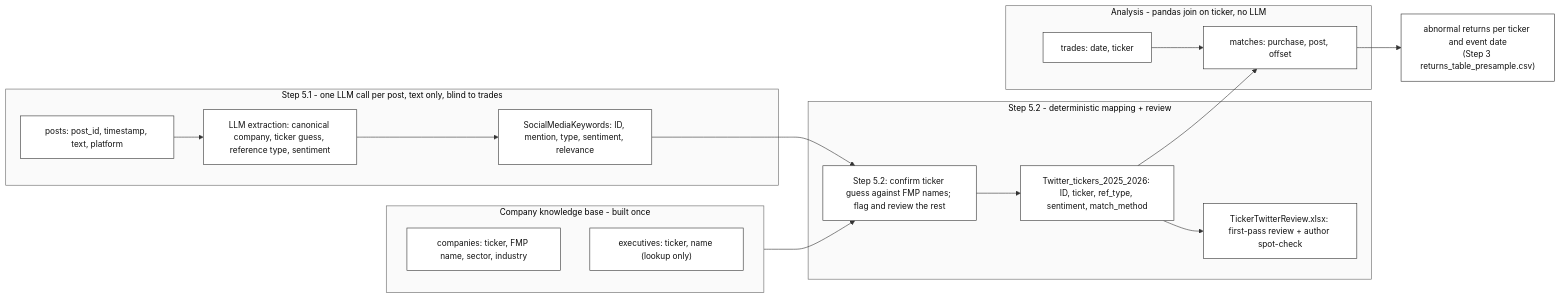
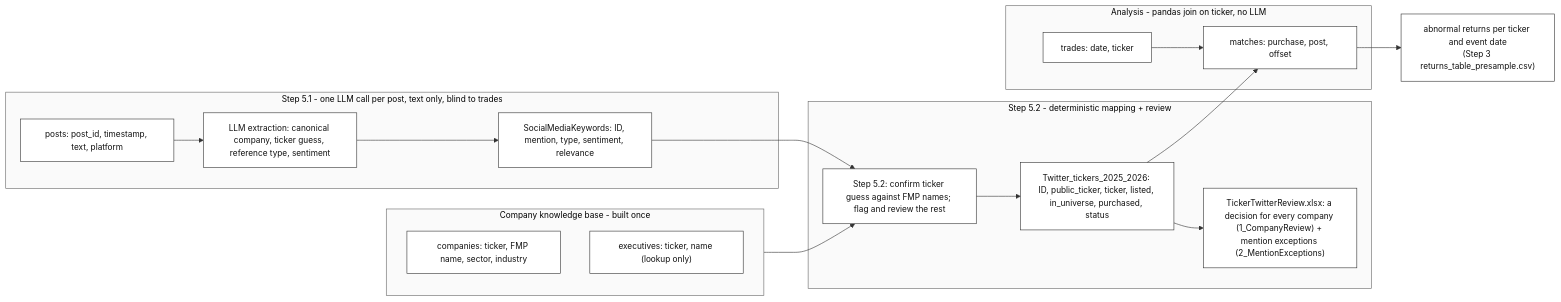
The second of 3 diagrams in README.md (Steven-McQueen/MasterDataHandling), drawn with Mermaid before and after one commit. The commit also changed other lines of this file and 8 other files, not shown here.

````diff
--- a/README.md
+++ b/README.md
@@ -923,31 +936,31 @@
 ```mermaid
 %%{init: {"theme": "base", "themeVariables": {"primaryColor": "#ffffff", "primaryTextColor": "#111111", "primaryBorderColor": "#333333", "lineColor": "#333333", "secondaryColor": "#f4f4f4", "tertiaryColor": "#ffffff", "clusterBkg": "#fafafa", "clusterBorder": "#666666", "fontFamily": "Arial, Helvetica, sans-serif", "fontSize": "14px"}}}%%
 flowchart LR
     subgraph kb ["Company knowledge base - built once"]
         companies["companies: ticker, FMP name, sector, industry"]
         execs["executives: ticker, name (lookup only)"]
     end
  
     subgraph postStage ["Step 5.1 - one LLM call per post, text only, blind to trades"]
         posts["posts: post_id, timestamp, text, platform"]
         extract["LLM extraction: canonical company, ticker guess, reference type, sentiment"]
         postEntities["SocialMediaKeywords: ID, mention, type, sentiment, relevance"]
     end
  
     subgraph resolve ["Step 5.2 - deterministic mapping + review"]
         resolver["Step 5.2: confirm ticker guess against FMP names; flag and review the rest"]
-        postTickers["Twitter_tickers_2025_2026: ID, ticker, ref_type, sentiment, match_method"]
-        check["TickerTwitterReview.xlsx: first-pass review + author spot-check"]
+        postTickers["Twitter_tickers_2025_2026: ID, public_ticker, ticker, listed, in_universe, purchased, status"]
+        check["TickerTwitterReview.xlsx: a decision for every company (1_CompanyReview) + mention exceptions (2_MentionExceptions)"]
     end
  
     subgraph joinStage ["Analysis - pandas join on ticker, no LLM"]
         trades["trades: date, ticker"]
         matches["matches: purchase, post, offset"]
     end
  
     posts --> extract --> postEntities --> resolver --> postTickers --> matches
     postTickers --> check
     kb --> resolver
     trades --> matches
     matches --> returns["abnormal returns per ticker and event date<br/>(Step 3 returns_table_presample.csv)"]
 ```
````
